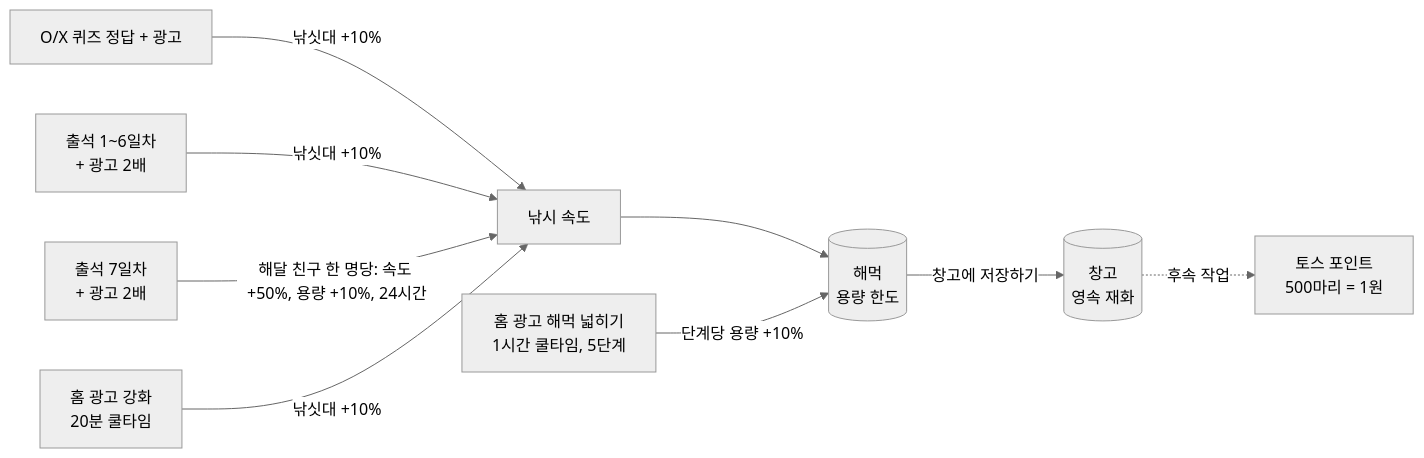
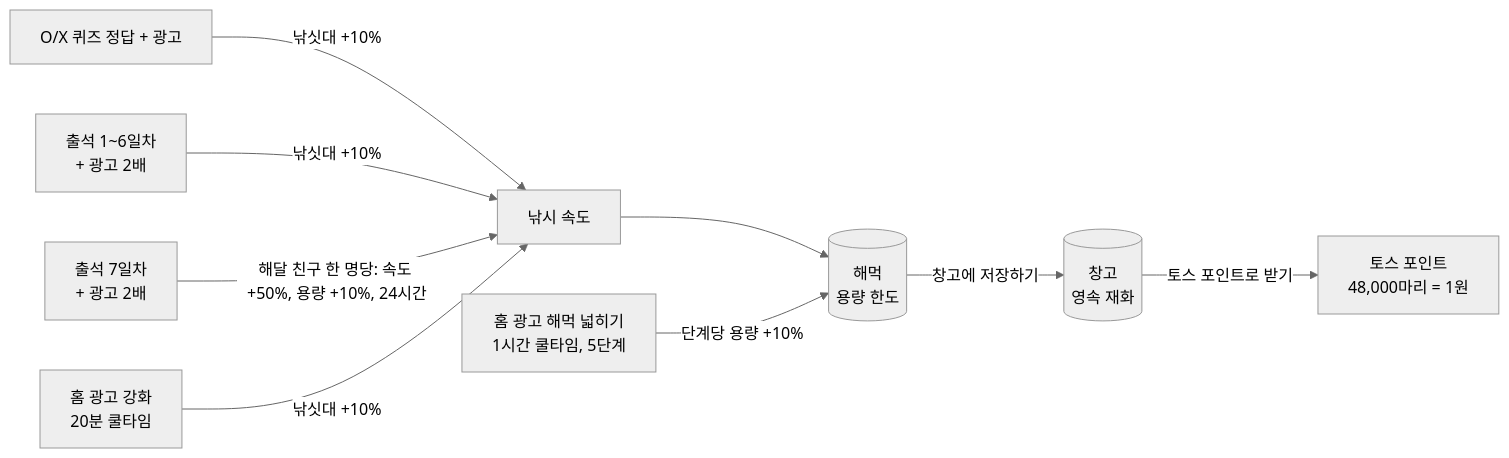
One commit to toss-minigame/haedalpoint changed the first of 7 diagrams in docs/design/fishing-sequence.md. Above: the diagram before and after it, drawn with Mermaid (neutral theme). The commit also changed 3 other files, not shown here.

````diff
--- a/docs/design/fishing-sequence.md
+++ b/docs/design/fishing-sequence.md
@@ -11,11 +11,11 @@
 ```mermaid
 flowchart LR
     Q[O/X 퀴즈 정답 + 광고] -->|낚싯대 +10%| R[낚시 속도]
     C[출석 1~6일차<br/>+ 광고 2배] -->|낚싯대 +10%| R
     F[출석 7일차<br/>+ 광고 2배] -->|해달 친구 한 명당: 속도 +50%, 용량 +10%, 24시간| R
     AR[홈 광고 강화<br/>20분 쿨타임] -->|낚싯대 +10%| R
     R --> H[(해먹<br/>용량 한도)]
     AE[홈 광고 해먹 넓히기<br/>1시간 쿨타임, 5단계] -->|단계당 용량 +10%| H
     H -->|창고에 저장하기| W[(창고<br/>영속 재화)]
-    W -.->|후속 작업| T[토스 포인트<br/>500마리 = 1원]
+    W -->|토스 포인트로 받기| T[토스 포인트<br/>48,000마리 = 1원]
 ```
````
